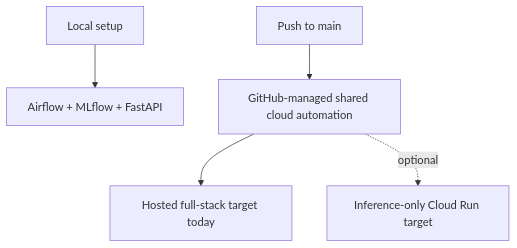
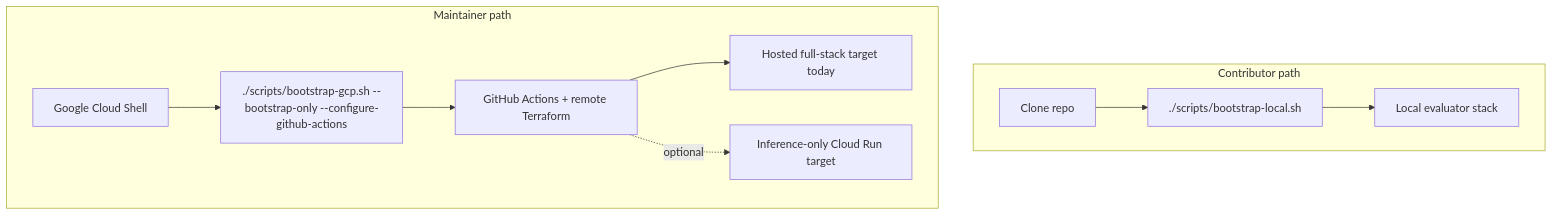
Before and after one commit to javihslu/foehncast: the second of 2 diagrams in README.md, drawn with Mermaid. The commit also changed other lines of this file and 20 other files, not shown here.

````diff
--- a/README.md
+++ b/README.md
@@ -37,7 +37,21 @@
 ```mermaid
 flowchart TB
-    Local[Local setup] --> Compose[Airflow + MLflow + FastAPI]
-  Main[Push to main] --> Cloud[GitHub-managed shared cloud automation]
-  Cloud --> Host[Hosted full-stack target today]
-  Cloud -. optional .-> Run[Inference-only Cloud Run target]
+  subgraph Contributor[Contributor path]
+    Clone[Clone repo]
+    Local[./scripts/bootstrap-local.sh]
+    Compose[Local evaluator stack]
+  end
+
+  subgraph Maintainer[Maintainer path]
+    Shell[Google Cloud Shell]
+    Bootstrap[./scripts/bootstrap-gcp.sh --bootstrap-only --configure-github-actions]
+    Cloud[GitHub Actions + remote Terraform]
+    Host[Hosted full-stack target today]
+    Run[Inference-only Cloud Run target]
+  end
+
+  Clone --> Local --> Compose
+  Shell --> Bootstrap --> Cloud
+  Cloud --> Host
+  Cloud -. optional .-> Run
 ```
````
